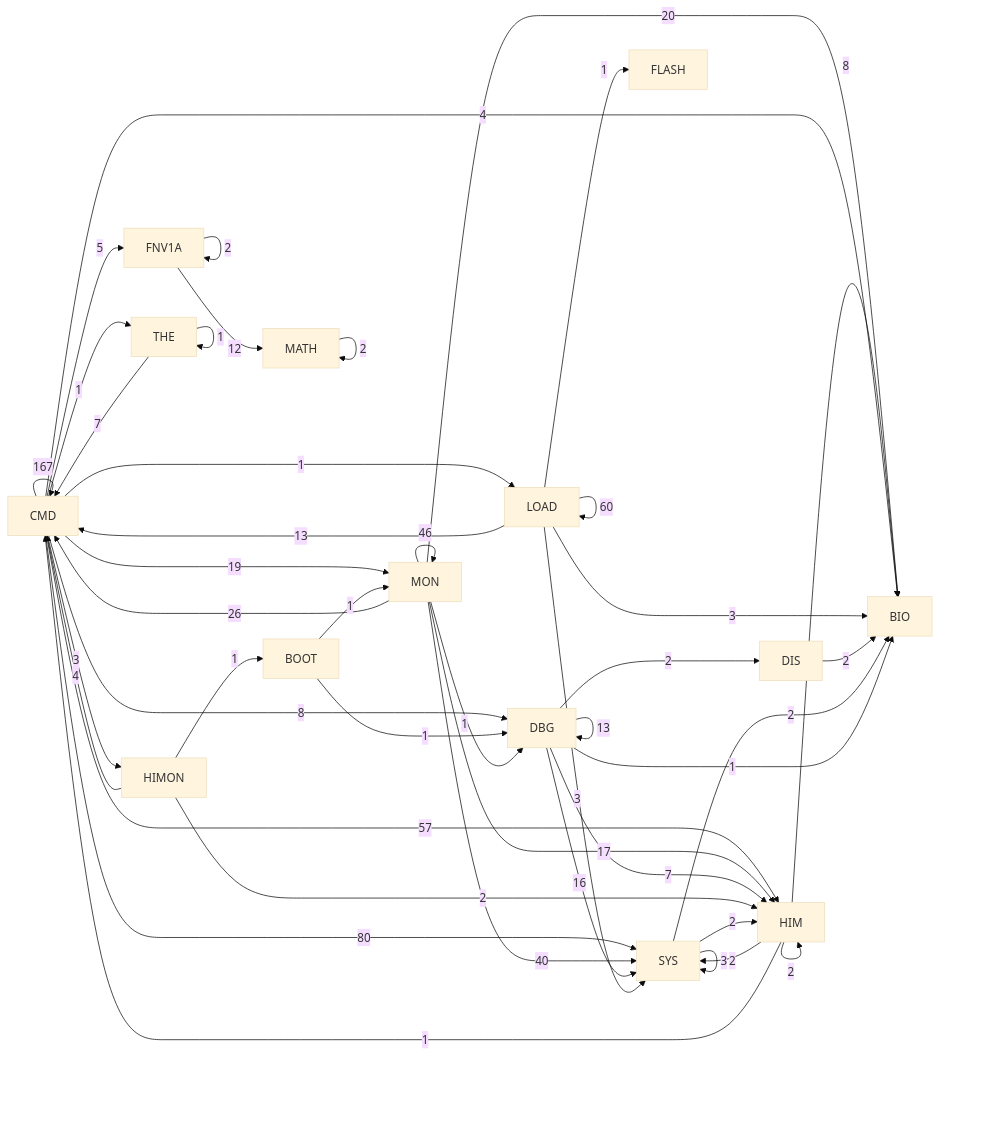
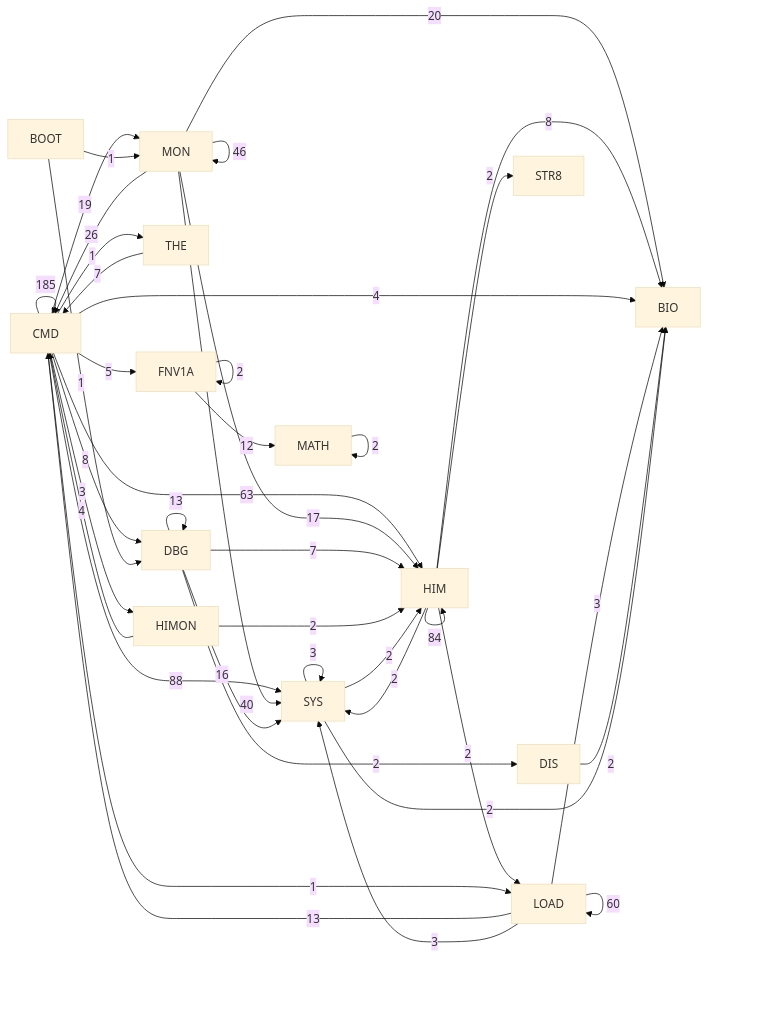
One commit to 95westus/R-YORS changed the diagram in DOC/GENERATED/HIMON_SUPPORT_MAP.md. Above: the diagram before and after it, drawn with Mermaid (base theme). The commit also changed other lines of this file and 49 other files, not shown here.

````diff
--- a/DOC/GENERATED/HIMON_SUPPORT_MAP.md
+++ b/DOC/GENERATED/HIMON_SUPPORT_MAP.md
@@ -10,47 +12,43 @@
 ```mermaid
 flowchart LR
-    P_CMD[CMD] -->|167| P_CMD[CMD]
-    P_CMD[CMD] -->|80| P_SYS[SYS]
+    P_CMD[CMD] -->|185| P_CMD[CMD]
+    P_CMD[CMD] -->|88| P_SYS[SYS]
+    P_HIM[HIM] -->|84| P_HIM[HIM]
+    P_CMD[CMD] -->|63| P_HIM[HIM]
     P_LOAD[LOAD] -->|60| P_LOAD[LOAD]
-    P_CMD[CMD] -->|57| P_HIM[HIM]
     P_MON[MON] -->|46| P_MON[MON]
     P_MON[MON] -->|40| P_SYS[SYS]
     P_MON[MON] -->|26| P_CMD[CMD]
     P_MON[MON] -->|20| P_BIO[BIO]
     P_CMD[CMD] -->|19| P_MON[MON]
     P_MON[MON] -->|17| P_HIM[HIM]
     P_DBG[DBG] -->|16| P_SYS[SYS]
     P_DBG[DBG] -->|13| P_DBG[DBG]
     P_LOAD[LOAD] -->|13| P_CMD[CMD]
     P_FNV1A[FNV1A] -->|12| P_MATH[MATH]
     P_CMD[CMD] -->|8| P_DBG[DBG]
     P_HIM[HIM] -->|8| P_BIO[BIO]
     P_DBG[DBG] -->|7| P_HIM[HIM]
     P_THE[THE] -->|7| P_CMD[CMD]
     P_CMD[CMD] -->|5| P_FNV1A[FNV1A]
     P_CMD[CMD] -->|4| P_BIO[BIO]
     P_HIMON[HIMON] -->|4| P_CMD[CMD]
     P_CMD[CMD] -->|3| P_HIMON[HIMON]
     P_LOAD[LOAD] -->|3| P_BIO[BIO]
     P_LOAD[LOAD] -->|3| P_SYS[SYS]
     P_SYS[SYS] -->|3| P_SYS[SYS]
     P_DBG[DBG] -->|2| P_DIS[DIS]
     P_DIS[DIS] -->|2| P_BIO[BIO]
     P_FNV1A[FNV1A] -->|2| P_FNV1A[FNV1A]
-    P_HIM[HIM] -->|2| P_HIM[HIM]
+    P_HIM[HIM] -->|2| P_LOAD[LOAD]
+    P_HIM[HIM] -->|2| P_STR8[STR8]
     P_HIM[HIM] -->|2| P_SYS[SYS]
     P_HIMON[HIMON] -->|2| P_HIM[HIM]
     P_MATH[MATH] -->|2| P_MATH[MATH]
     P_SYS[SYS] -->|2| P_BIO[BIO]
     P_SYS[SYS] -->|2| P_HIM[HIM]
     P_BOOT[BOOT] -->|1| P_DBG[DBG]
     P_BOOT[BOOT] -->|1| P_MON[MON]
     P_CMD[CMD] -->|1| P_LOAD[LOAD]
     P_CMD[CMD] -->|1| P_THE[THE]
-    P_DBG[DBG] -->|1| P_BIO[BIO]
-    P_HIM[HIM] -->|1| P_CMD[CMD]
-    P_HIMON[HIMON] -->|1| P_BOOT[BOOT]
-    P_LOAD[LOAD] -->|1| P_FLASH[FLASH]
-    P_MON[MON] -->|1| P_DBG[DBG]
-    P_THE[THE] -->|1| P_THE[THE]
 ```
````
